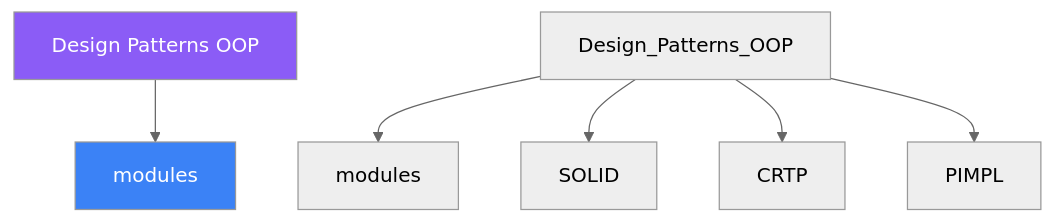
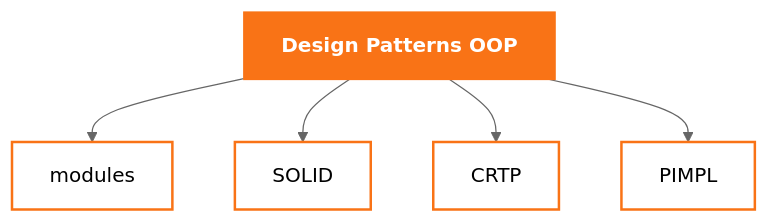
Before and after one commit to AI-Maddy/Learn-Modern-CPP-OOP-30-Days: the diagram in mkdocs-site/docs/days/day-17/02-definition.md, drawn with Mermaid (neutral theme). The commit also changed 99 other files, not shown here.

````diff
--- a/mkdocs-site/docs/days/day-17/02-definition.md
+++ b/mkdocs-site/docs/days/day-17/02-definition.md
@@ -133,10 +133,12 @@
 ```mermaid
 graph TD
-    ROOT["Design Patterns OOP"] --> A["modules"]
-    Design_Patterns_OOP --> modules["modules"]
-    Design_Patterns_OOP --> SOLID["SOLID"]
-    Design_Patterns_OOP --> CRTP["CRTP"]
-    Design_Patterns_OOP --> PIMPL["PIMPL"]
-    style ROOT fill:#8b5cf6,color:#fff
-    style A    fill:#3b82f6,color:#fff
+    ROOT["Design Patterns OOP"]
+    ROOT --> n0["modules"]
+    ROOT --> n1["SOLID"]
+    ROOT --> n2["CRTP"]
+    ROOT --> n3["PIMPL"]
+    classDef topic fill:#f97316,stroke:#f97316,color:#ffffff,font-weight:bold
+    classDef concept fill:transparent,stroke:#f97316,stroke-width:2px
+    class ROOT topic
+    class n0,n1,n2,n3 concept
 ```
````
